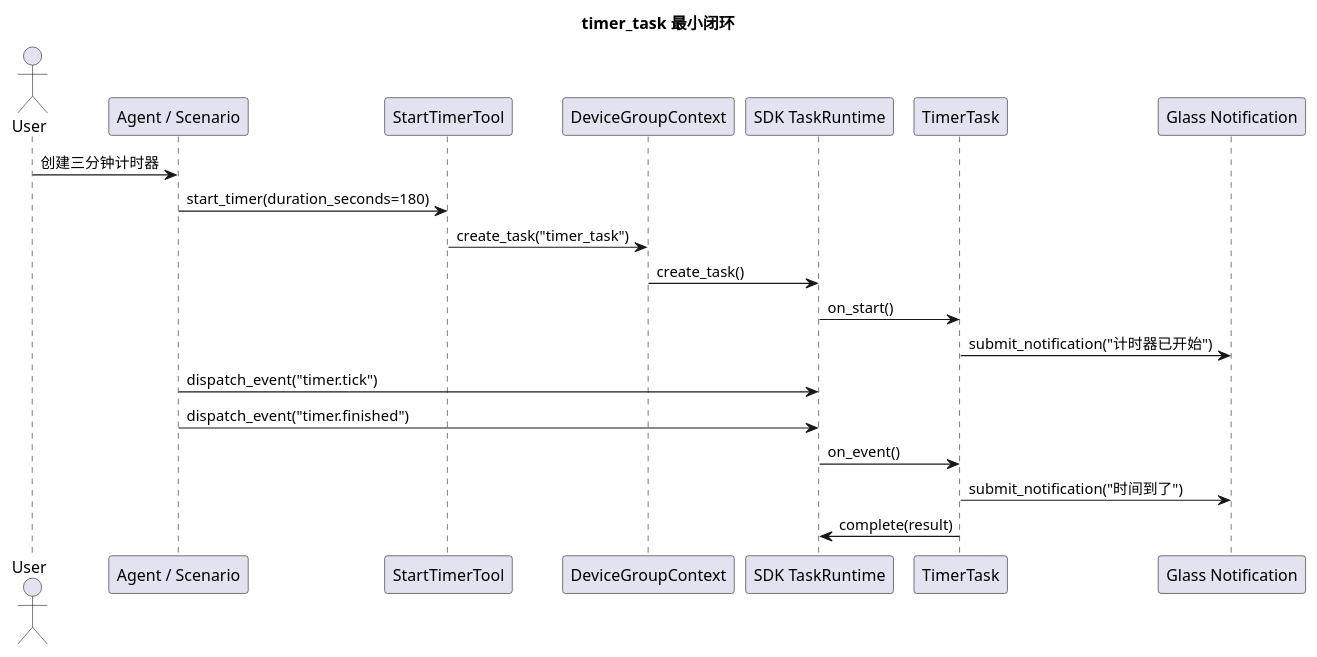
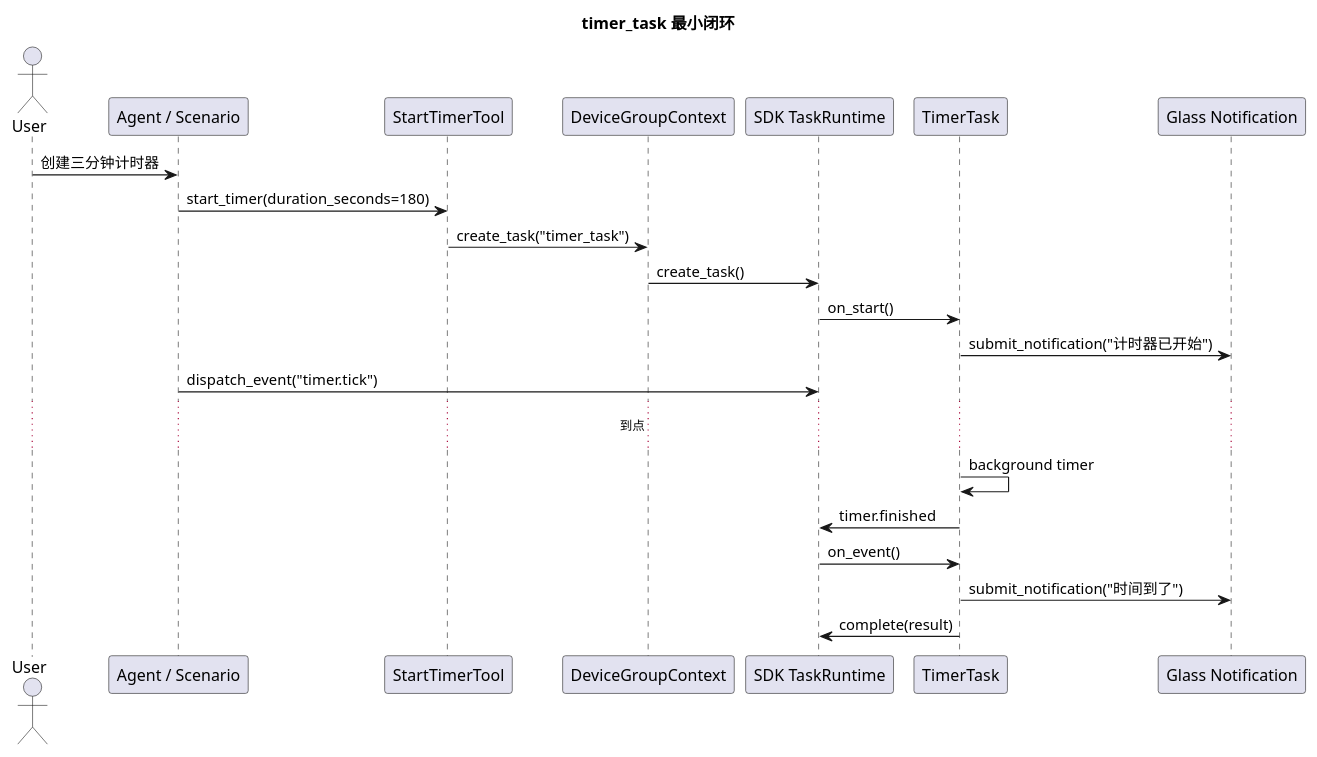
One commit to HengeLiu/RealtimeAgent changed the diagram in openaiglass-for-blind/docs/stage1/develop/PhaseF-timer-task最小闭环实施文档.md. Above: the diagram before and after it, drawn with PlantUML. The commit also changed other lines of this file and 24 other files, not shown here.

````diff
--- a/openaiglass-for-blind/docs/stage1/develop/PhaseF-timer-task最小闭环实施文档.md
+++ b/openaiglass-for-blind/docs/stage1/develop/PhaseF-timer-task最小闭环实施文档.md
@@ -42,26 +43,28 @@
 ```plantuml
 @startuml
 title timer_task 最小闭环
 
 actor User as user
 participant "Agent / Scenario" as agent
 participant "StartTimerTool" as tool
 participant "DeviceGroupContext" as ctx
 participant "SDK TaskRuntime" as runtime
 participant "TimerTask" as task
 participant "Glass Notification" as glass
 
 user -> agent: 创建三分钟计时器
 agent -> tool: start_timer(duration_seconds=180)
 tool -> ctx: create_task("timer_task")
 ctx -> runtime: create_task()
 runtime -> task: on_start()
 task -> glass: submit_notification("计时器已开始")
 agent -> runtime: dispatch_event("timer.tick")
-agent -> runtime: dispatch_event("timer.finished")
+... 到点 ...
+task -> task: background timer
+task -> runtime: timer.finished
 runtime -> task: on_event()
 task -> glass: submit_notification("时间到了")
 task -> runtime: complete(result)
 
 @enduml
 ```
````
